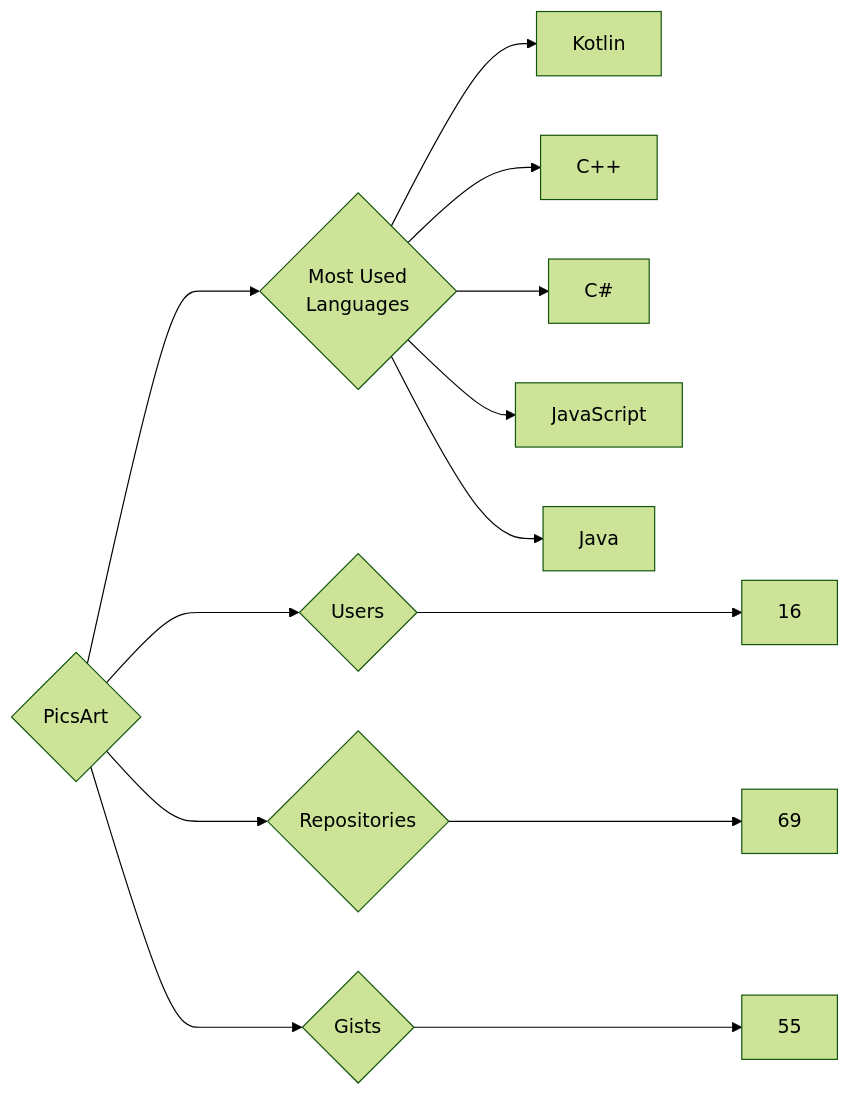
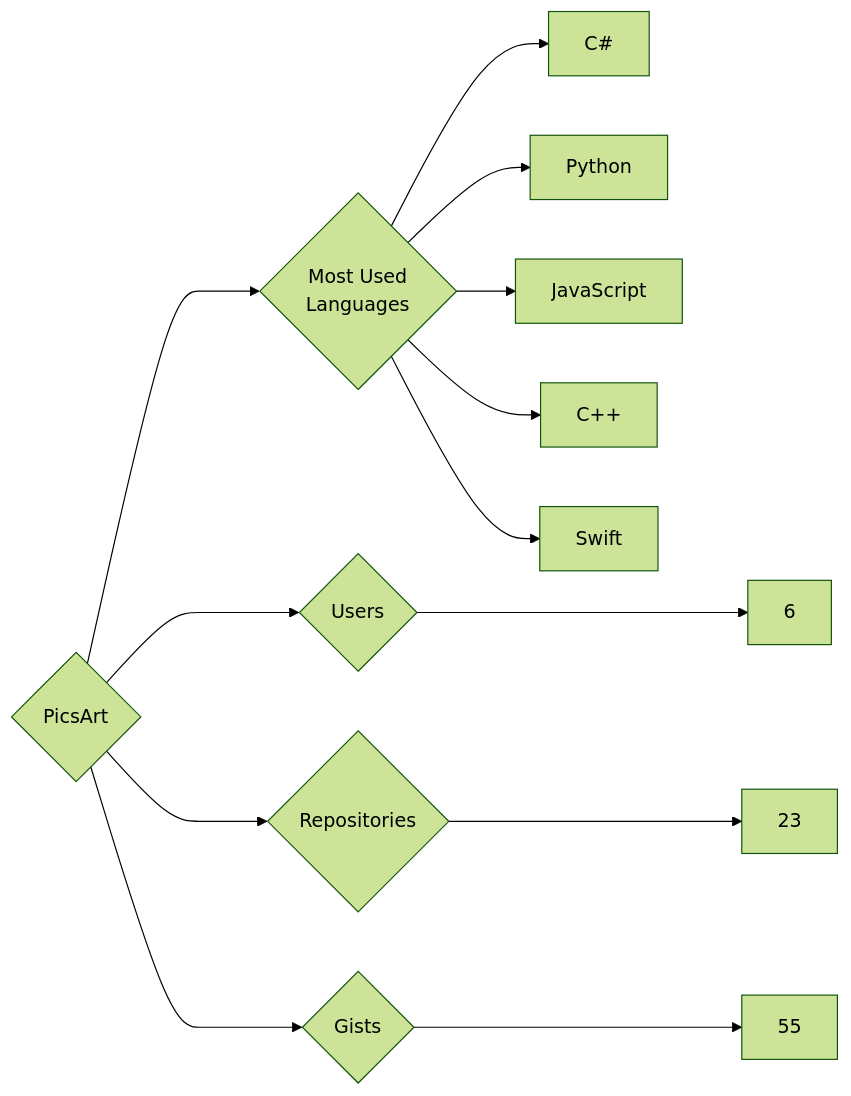
The diagram in targets/PicsArt/README.md (trickest/insiders), drawn with Mermaid (forest theme) before and after one commit. The commit also changed 1248 other files, not shown here.

````diff
--- a/targets/PicsArt/README.md
+++ b/targets/PicsArt/README.md
@@ -3,13 +3,13 @@
 ```mermaid
 graph LR
 COMPANY_NAME{PicsArt}
-COMPANY_NAME ---> U{Users} ---> UN[16]
-COMPANY_NAME ---> R{Repositories} ---> RN[69]
+COMPANY_NAME ---> U{Users} ---> UN[6]
+COMPANY_NAME ---> R{Repositories} ---> RN[23]
 COMPANY_NAME ---> G{Gists} ---> GN[55]
 COMPANY_NAME ---> ML{Most Used<br>Languages}
-ML --> Kotlin[Kotlin]
+ML --> C#[C#]
+ML --> Python[Python]
+ML --> JavaScript[JavaScript]
 ML --> C++[C++]
-ML --> C#[C#]
-ML --> JavaScript[JavaScript]
-ML --> Java[Java]
+ML --> Swift[Swift]
 ```
````
